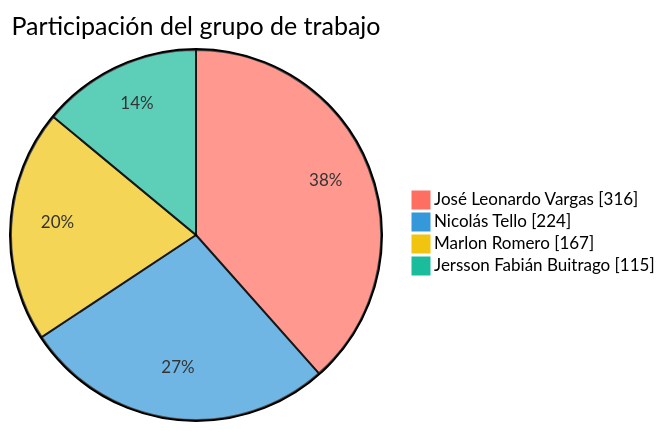
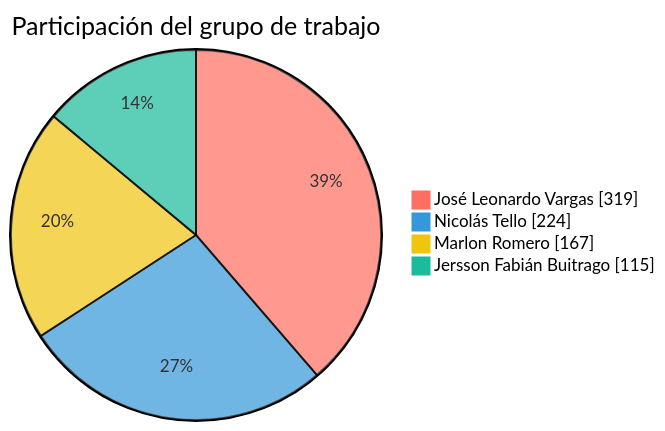
The first of 2 diagrams in README.md (FarmaExpres/FarmaExpres), drawn with Mermaid before and after one commit. The commit also changed other lines of this file and 1 other file, not shown here.

````diff
--- a/README.md
+++ b/README.md
@@ -391,9 +391,9 @@
 ```mermaid
 %%{init: {"themeVariables": {"pie1": "#ff6f61", "pie2": "#3498db", "pie3": "#f1c40f", "pie4": "#1abc9c", "pieLabelColor": "#000000", "pieLabelFontSize": "24px", "pieLabelFontWeight": "700"}}}%%
 pie showData
     title Participación del grupo de trabajo
-    "José Leonardo Vargas" : 316
+    "José Leonardo Vargas" : 319
     "Nicolás Tello" : 224
     "Marlon Romero" : 167
     "Jersson Fabián Buitrago" : 115
 ```
````
